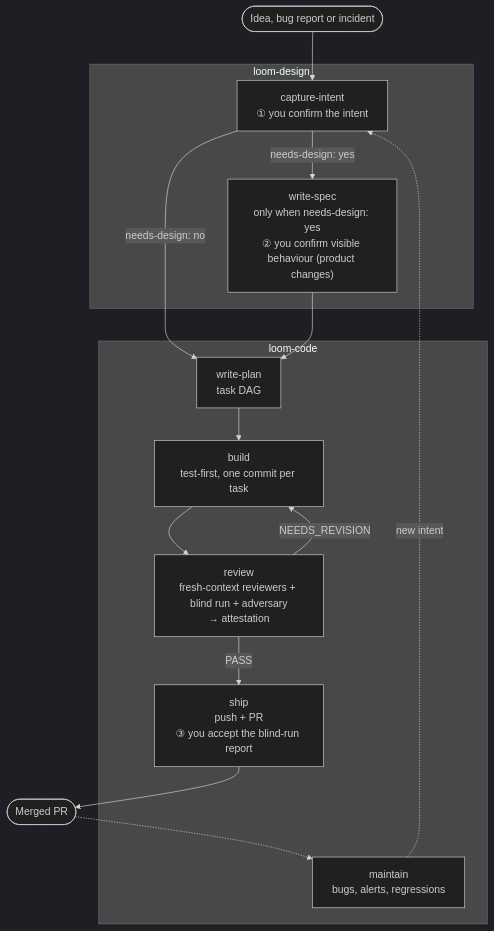
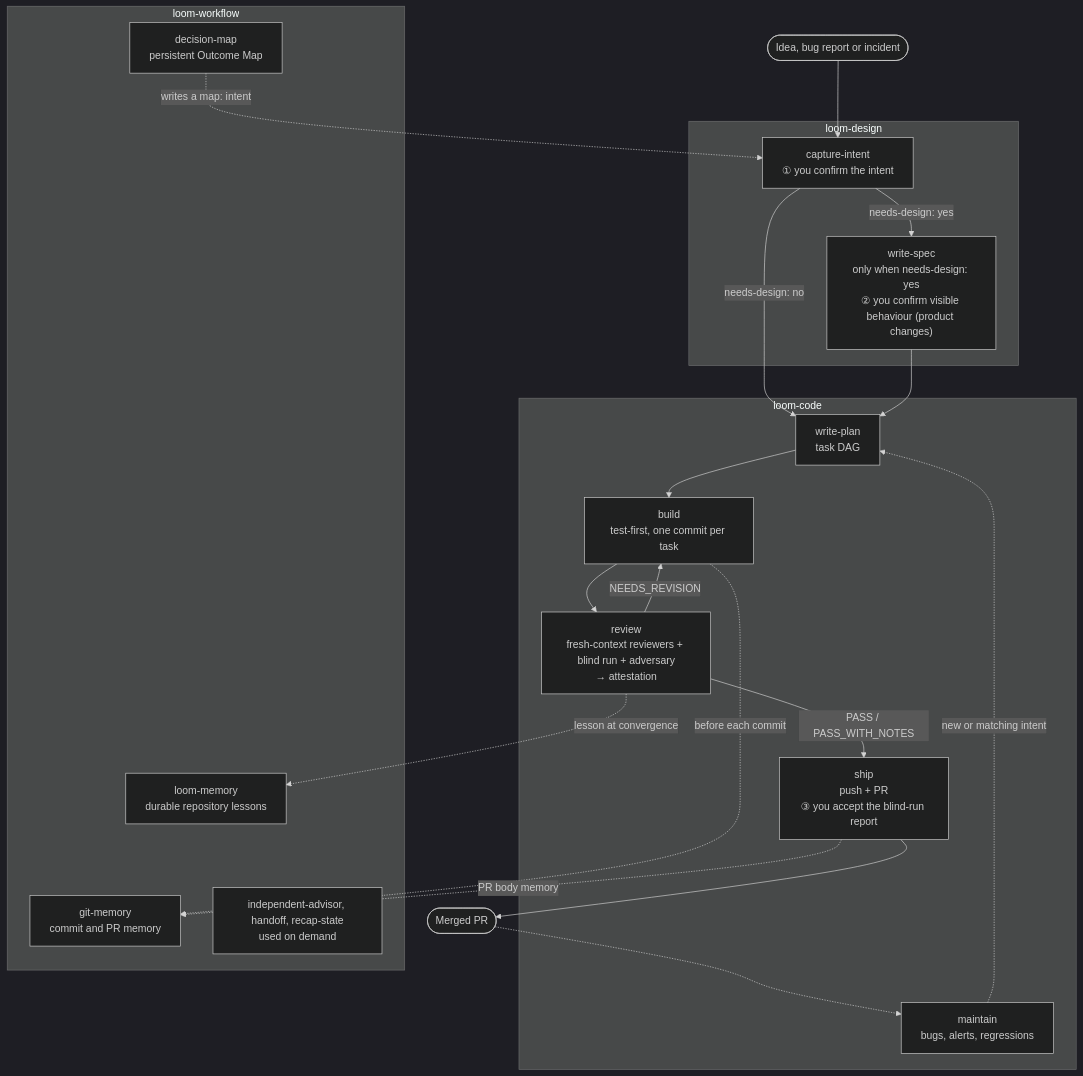
Before and after one commit to kouko/loom-plugins: the diagram in README.md, drawn with Mermaid (dark theme). The commit also changed other lines of this file, not shown here.

First line of the commit message:
docs(repo): show loom-workflow in flow and fix review nits

````diff
--- a/README.md
+++ b/README.md
@@ -25,31 +25,43 @@
 ```mermaid
 flowchart TD
     idea(["Idea, bug report or incident"])
 
     subgraph design["loom-design"]
         intent["capture-intent<br/>① you confirm the intent"]
         spec["write-spec<br/>only when needs-design: yes<br/>② you confirm visible behaviour (product changes)"]
     end
 
     subgraph code["loom-code"]
         plan["write-plan<br/>task DAG"]
         build["build<br/>test-first, one commit per task"]
         review["review<br/>fresh-context reviewers + blind run + adversary<br/>→ attestation"]
         ship["ship<br/>push + PR<br/>③ you accept the blind-run report"]
         maintain["maintain<br/>bugs, alerts, regressions"]
     end
 
+    subgraph workflow["loom-workflow"]
+        dmap["decision-map<br/>persistent Outcome Map"]
+        gitmem["git-memory<br/>commit and PR memory"]
+        loommem["loom-memory<br/>durable repository lessons"]
+        aside["independent-advisor, handoff, recap-state<br/>used on demand"]
+    end
+
     merged(["Merged PR"])
 
     idea --> intent
     intent -->|"needs-design: yes"| spec
     intent -->|"needs-design: no"| plan
     spec --> plan
     plan --> build
     build --> review
     review -->|"NEEDS_REVISION"| build
-    review -->|"PASS"| ship
+    review -->|"PASS / PASS_WITH_NOTES"| ship
     ship --> merged
     merged -.-> maintain
-    maintain -.->|"new intent"| intent
+    maintain -.->|"new or matching intent"| plan
+
+    dmap -.->|"writes a map: intent"| intent
+    build -.->|"before each commit"| gitmem
+    ship -.->|"PR body memory"| gitmem
+    review -.->|"lesson at convergence"| loommem
 ```
````
